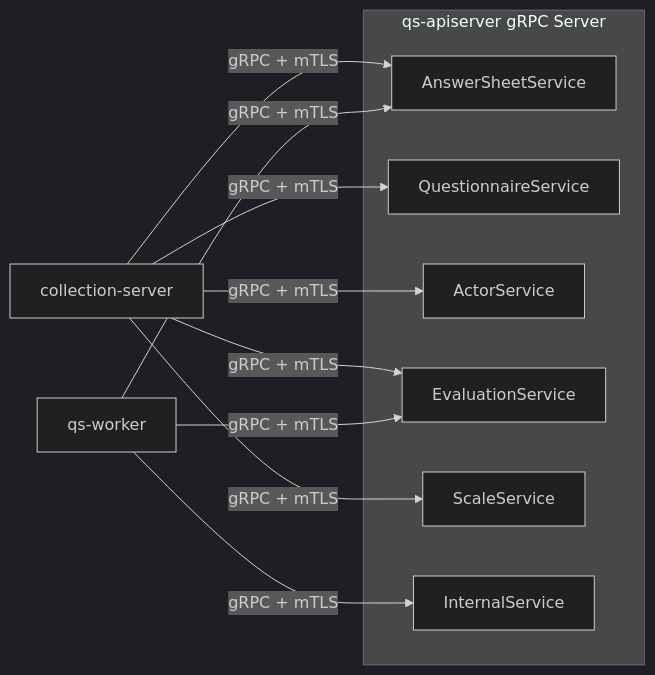
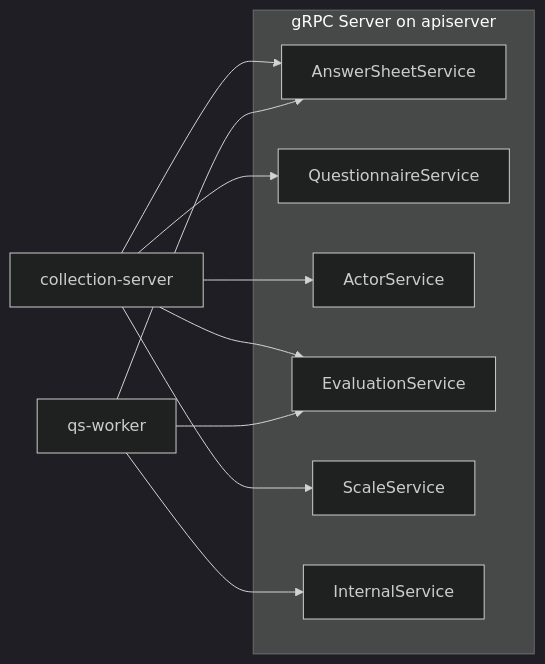
Before and after one commit to FangcunMount/qs-server: the diagram in docs/04-接口与运维/02-gRPC契约.md, drawn with Mermaid (dark theme). The commit also changed other lines of this file and 34 other files, not shown here.

````diff
--- a/docs/04-接口与运维/02-gRPC契约.md
+++ b/docs/04-接口与运维/02-gRPC契约.md
@@ -27,24 +30,24 @@
 ```mermaid
 flowchart LR
-    Collection[collection-server]
-    Worker[qs-worker]
+    Col[collection-server]
+    W[qs-worker]
 
-    subgraph APIServer[qs-apiserver gRPC Server]
-        AnswerSheet[AnswerSheetService]
-        Questionnaire[QuestionnaireService]
-        Actor[ActorService]
-        Evaluation[EvaluationService]
-        Scale[ScaleService]
-        Internal[InternalService]
+    subgraph API[gRPC Server on apiserver]
+        AS[AnswerSheetService]
+        QS[QuestionnaireService]
+        AC[ActorService]
+        EV[EvaluationService]
+        SC[ScaleService]
+        IN[InternalService]
     end
 
-    Collection -->|gRPC + mTLS| AnswerSheet
-    Collection -->|gRPC + mTLS| Questionnaire
-    Collection -->|gRPC + mTLS| Actor
-    Collection -->|gRPC + mTLS| Evaluation
-    Collection -->|gRPC + mTLS| Scale
+    Col --> AS
+    Col --> QS
+    Col --> AC
+    Col --> EV
+    Col --> SC
 
-    Worker -->|gRPC + mTLS| AnswerSheet
-    Worker -->|gRPC + mTLS| Evaluation
-    Worker -->|gRPC + mTLS| Internal
+    W --> AS
+    W --> EV
+    W --> IN
 ```
````
